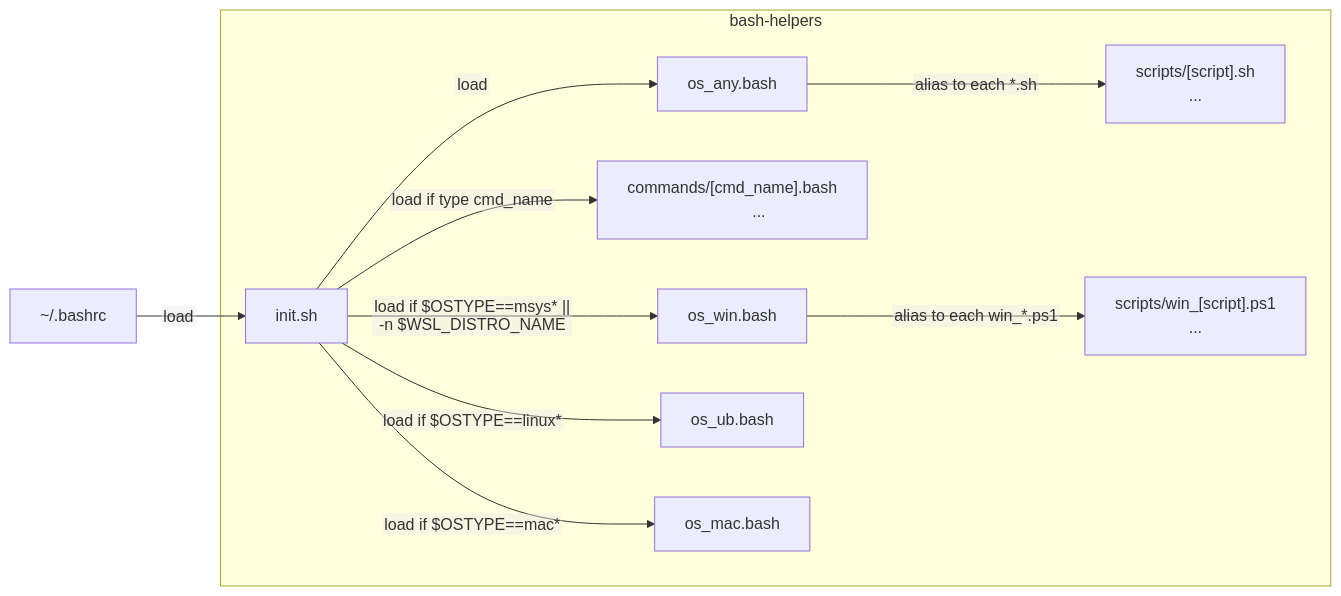
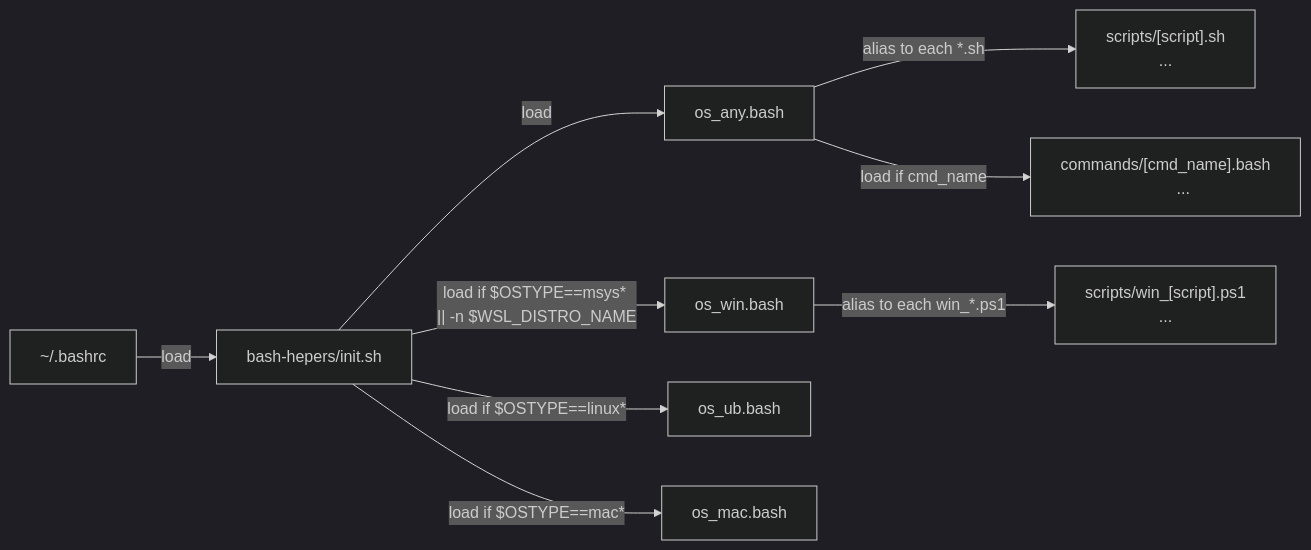
One commit to alanlivio/ps-sh-helpers changed the diagram in README.md. Above: the diagram before and after it, drawn with Mermaid.

Commit message:
update README diagram

````diff
--- a/README.md
+++ b/README.md
@@ -8,32 +8,30 @@
 ```mermaid
-%%{init: {"flowchart": {"htmlLabels": false}} }%%
+%%{init: {'theme':'dark'}}%%
 flowchart LR
     bashrc["~/.bashrc"]
-    subgraph bash-helpers
-        init["init.sh"]
-        any["os_any.bash"]
-        command-dependent["
-            commands/[cmd_name].bash
-            ...
-        "]
-        win["os_win.bash"]
-        ubu["os_ub.bash"]
-        mac["os_mac.bash"]
-        scripts_sh["
-            scripts/[script].sh
-            ...
-        "]
-        scripts_ps1["
-            scripts/win_[script].ps1
-            ...
-        "]
-    end
+    init["bash-hepers/init.sh"]
+    anyos["os_any.bash"]
+    command-dependent["
+        commands/[cmd_name].bash
+        ...
+    "]
+    win["os_win.bash"]
+    ubu["os_ub.bash"]
+    mac["os_mac.bash"]
+    scripts_sh["
+        scripts/[script].sh
+        ...
+    "]
+    scripts_ps1["
+        scripts/win_[script].ps1
+        ...
+    "]
     bashrc --> |"load"| init
-    init --> |"load"| any
-    any --> |"alias to each *.sh"| scripts_sh
+    init --> |"load"| anyos
+    anyos --> |"alias to each *.sh"| scripts_sh
+    anyos --> |"load if cmd_name"| command-dependent
     win --> |"alias to each win_*.ps1"| scripts_ps1
     init --> |"load if $OSTYPE==msys* || -n $WSL_DISTRO_NAME"| win
     init --> |"load if $OSTYPE==linux*"| ubu
     init --> |"load if $OSTYPE==mac*"| mac
-    init --> |"load if type cmd_name"| command-dependent
 ```
````
